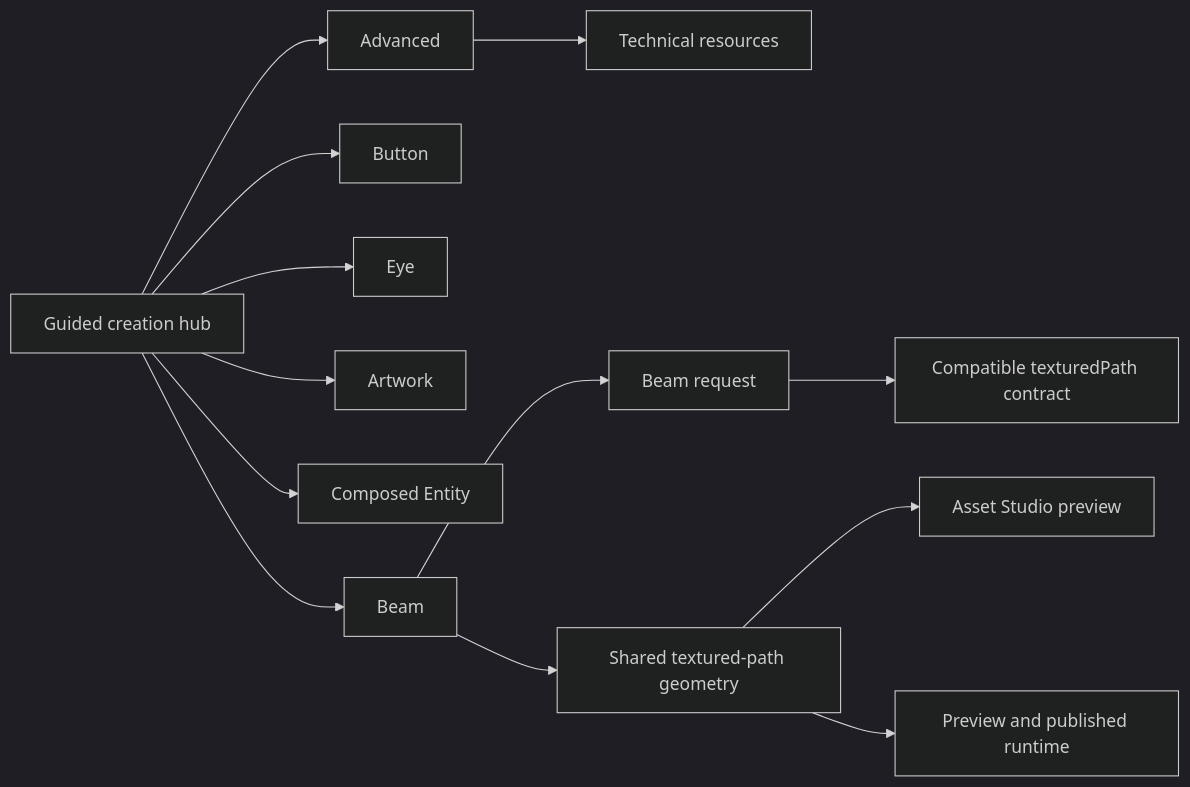
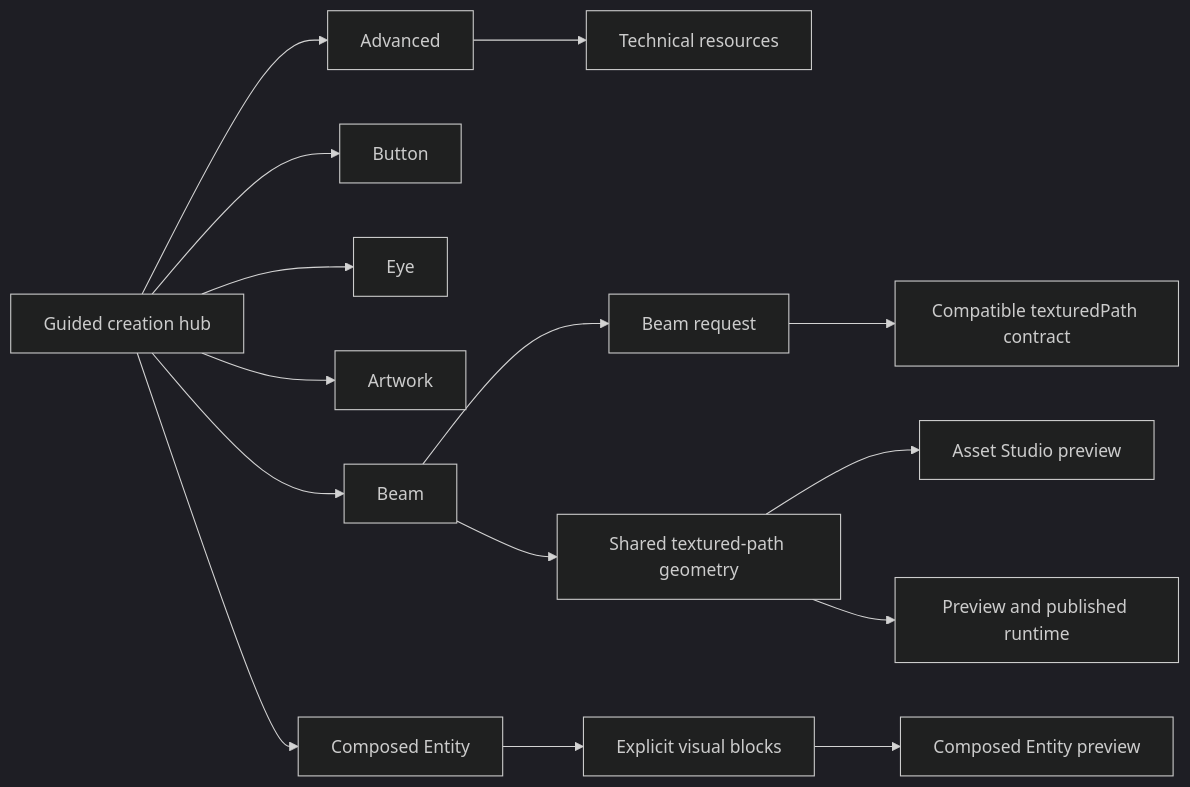
Before and after one commit to tristan-monticelli/vertex-loom: the second of 2 diagrams in docs/architecture/components/studio-ux.md, drawn with Mermaid (dark theme). The commit also changed 6 other files, not shown here.

Commit message:
feat(asset-studio): compose entities from visual blocks

````diff
--- a/docs/architecture/components/studio-ux.md
+++ b/docs/architecture/components/studio-ux.md
@@ -66,15 +66,17 @@
 ```mermaid
 flowchart LR
     Hub[Guided creation hub] --> Beam[Beam]
     Hub --> Button[Button]
     Hub --> Eye[Eye]
     Hub --> Artwork[Artwork]
     Hub --> Entity[Composed Entity]
     Hub --> Advanced[Advanced]
     Advanced --> Technical[Technical resources]
     Beam --> BeamContract[Beam request]
     BeamContract --> Legacy[Compatible texturedPath contract]
     Beam --> Shared[Shared textured-path geometry]
     Shared --> Studio[Asset Studio preview]
     Shared --> Runtime[Preview and published runtime]
+    Entity --> Blocks[Explicit visual blocks]
+    Blocks --> EntityPreview[Composed Entity preview]
 ```
````
